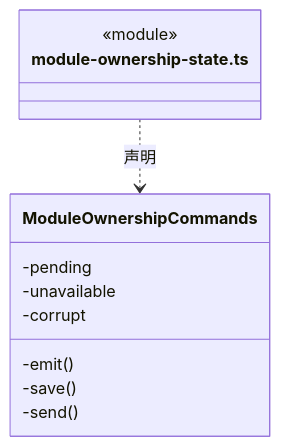
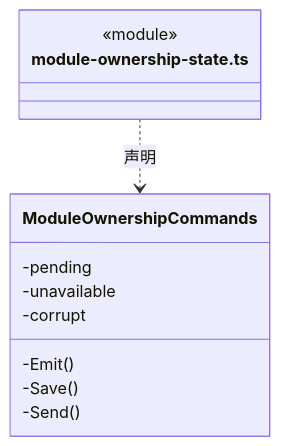
One commit to nan023062/cbim changed the eighth of 20 diagrams in src/view/workspace/ARCHITECTURE.md. Above: the diagram before and after it, drawn with Mermaid. The commit also changed other lines of this file and 1035 other files, not shown here.

````diff
--- a/src/view/workspace/ARCHITECTURE.md
+++ b/src/view/workspace/ARCHITECTURE.md
@@ -184,15 +184,15 @@
 ```mermaid
 classDiagram
 class N_src_view_workspace_module_ownership_state_ts["module-ownership-state.ts"] {
   <<module>>
 }
 class N_src_view_workspace_module_ownership_state_ts_ModuleOwnershipCommands["ModuleOwnershipCommands"] {
   -pending
   -unavailable
   -corrupt
-  -emit()
-  -save()
-  -send()
+  -Emit()
+  -Save()
+  -Send()
 }
 N_src_view_workspace_module_ownership_state_ts ..> N_src_view_workspace_module_ownership_state_ts_ModuleOwnershipCommands : 声明
 ```
````
